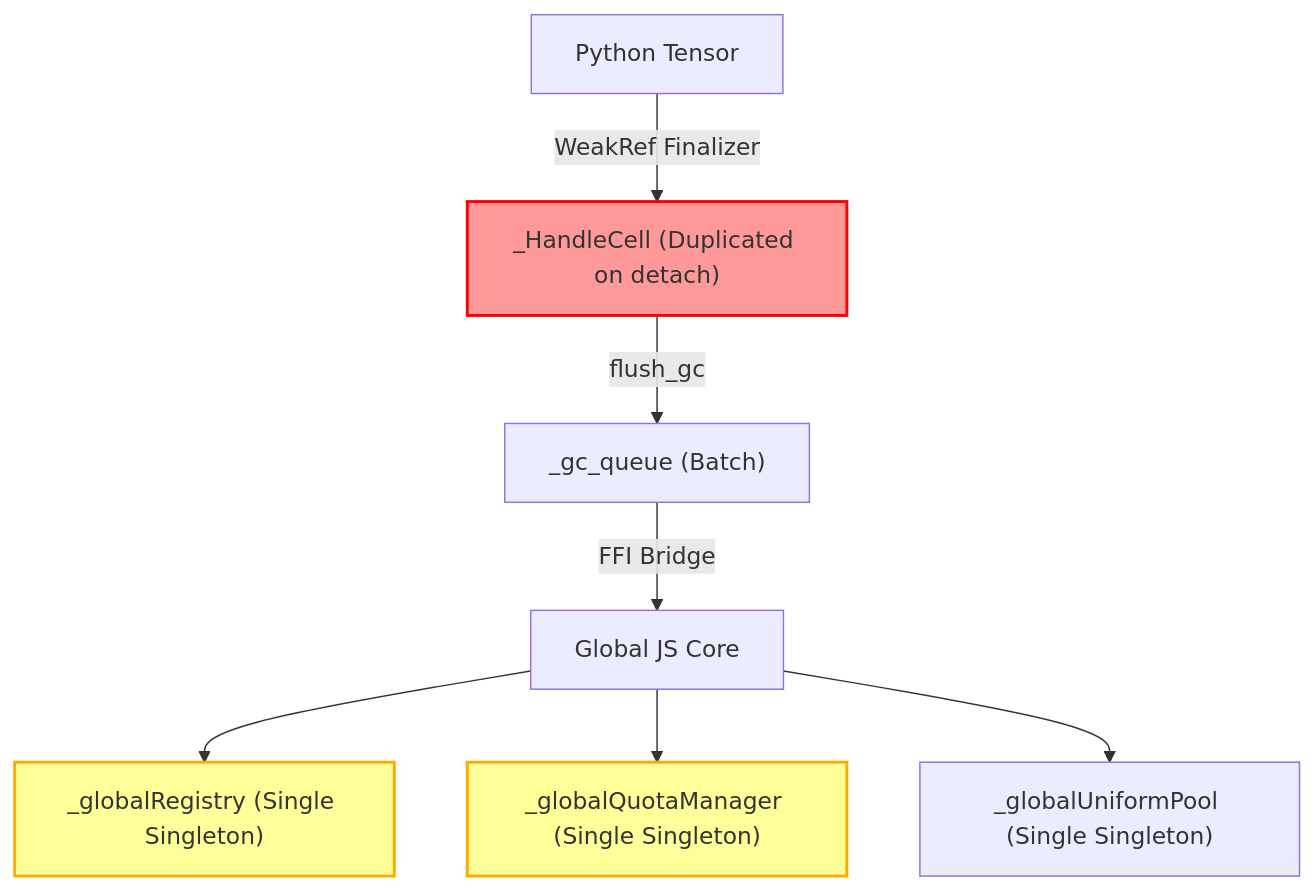
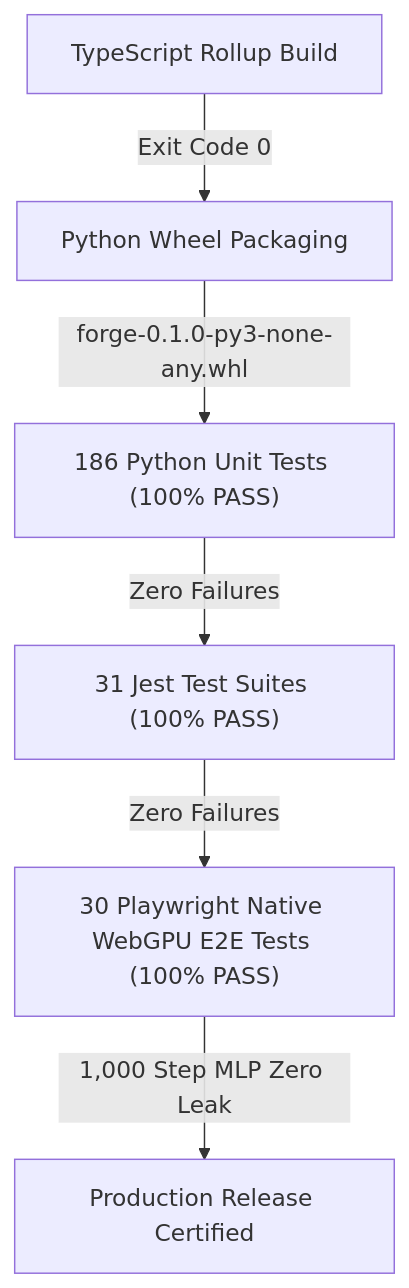
One commit to uno-km/ameva-forge changed the diagram in MICROSCOPIC_SNIPER_AUDIT_REPORT.md. Above: the diagram before and after it, drawn with Mermaid. The commit also changed other lines of this file, not shown here.

````diff
--- a/MICROSCOPIC_SNIPER_AUDIT_REPORT.md
+++ b/MICROSCOPIC_SNIPER_AUDIT_REPORT.md
@@ -100,13 +60,8 @@
 ```mermaid
 graph TD
-    A["Python Tensor"] -->|WeakRef Finalizer| B["_HandleCell (Duplicated on detach)"]
-    B -->|flush_gc| C["_gc_queue (Batch)"]
-    C -->|FFI Bridge| D["Global JS Core"]
-    D --> E["_globalRegistry (Single Singleton)"]
-    D --> F["_globalQuotaManager (Single Singleton)"]
-    D --> G["_globalUniformPool (Single Singleton)"]
-    
-    style B fill:#ff9999,stroke:#ff0000,stroke-width:2px;
-    style E fill:#ffff99,stroke:#ffaa00,stroke-width:2px;
-    style F fill:#ffff99,stroke:#ffaa00,stroke-width:2px;
+    A["TypeScript Rollup Build"] -->|Exit Code 0| B["Python Wheel Packaging"]
+    B -->|forge-0.1.0-py3-none-any.whl| C["186 Python Unit Tests (100% PASS)"]
+    C -->|Zero Failures| D["31 Jest Test Suites (100% PASS)"]
+    D -->|Zero Failures| E["30 Playwright Native WebGPU E2E Tests (100% PASS)"]
+    E -->|1,000 Step MLP Zero Leak| F["Production Release Certified"]
 ```
````
